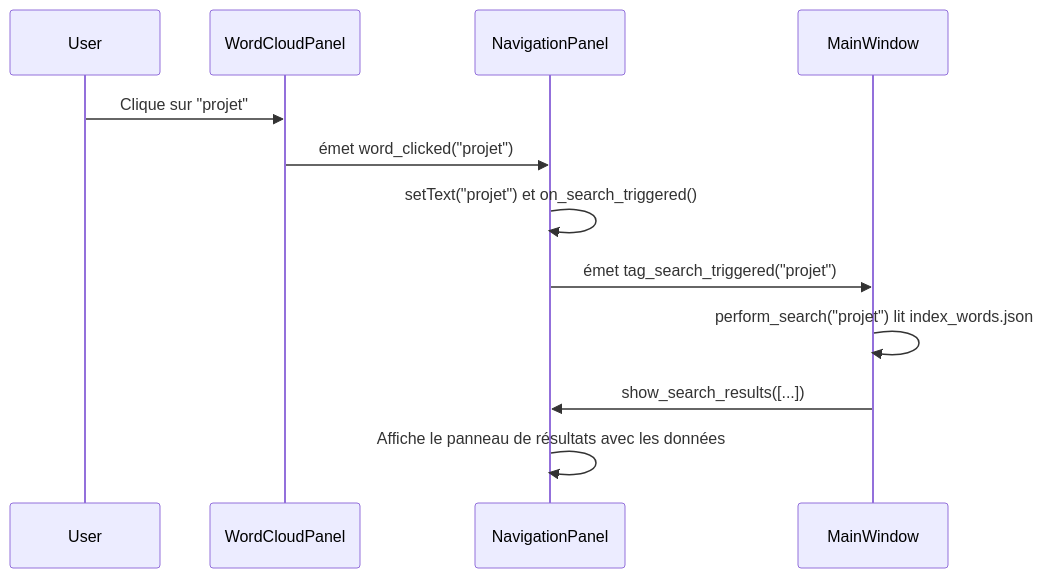
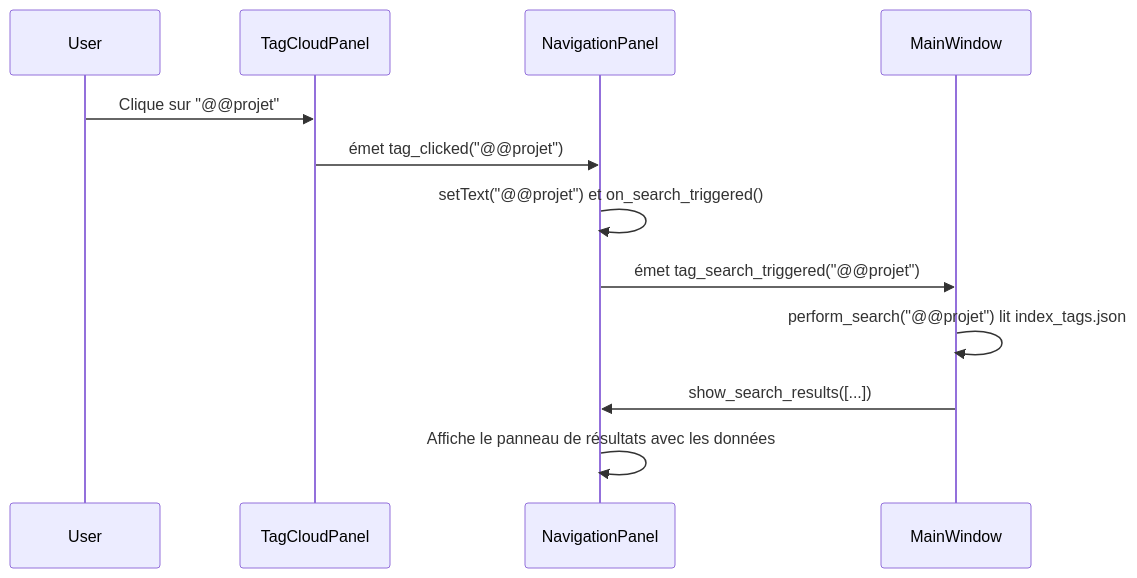
Before and after one commit to lephotographelibre/BlueNotebook: the first of 2 diagrams in docs/V1.6.5_bluenotebook_technical_doc.md, drawn with Mermaid. The commit also changed other lines of this file and 21 other files, not shown here.

Commit message:
V3.1.1 Remove all the search words code

````diff
--- a/docs/V1.6.5_bluenotebook_technical_doc.md
+++ b/docs/V1.6.5_bluenotebook_technical_doc.md
@@ -595,15 +592,15 @@
 ```mermaid
 sequenceDiagram
     participant User
-    participant WordCloudPanel
+    participant TagCloudPanel
     participant NavigationPanel
     participant MainWindow
 
-    User->>WordCloudPanel: Clique sur "projet"
-    WordCloudPanel->>NavigationPanel: émet word_clicked("projet")
-    NavigationPanel->>NavigationPanel: setText("projet") et on_search_triggered()
-    NavigationPanel->>MainWindow: émet tag_search_triggered("projet")
-    MainWindow->>MainWindow: perform_search("projet") lit index_words.json
+    User->>TagCloudPanel: Clique sur "@@projet"
+    TagCloudPanel->>NavigationPanel: émet tag_clicked("@@projet")
+    NavigationPanel->>NavigationPanel: setText("@@projet") et on_search_triggered()
+    NavigationPanel->>MainWindow: émet tag_search_triggered("@@projet")
+    MainWindow->>MainWindow: perform_search("@@projet") lit index_tags.json
     MainWindow->>NavigationPanel: show_search_results([...])
     NavigationPanel->>NavigationPanel: Affiche le panneau de résultats avec les données
 ```
````
